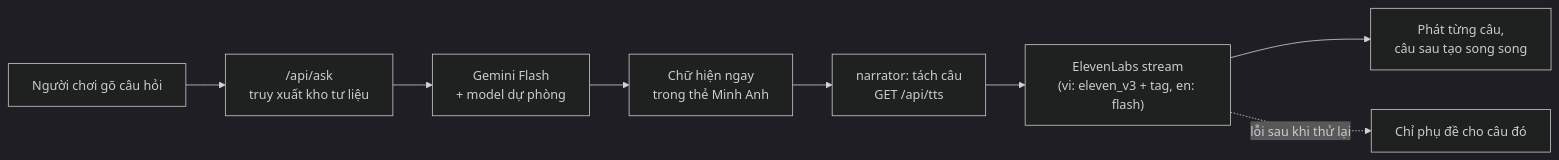
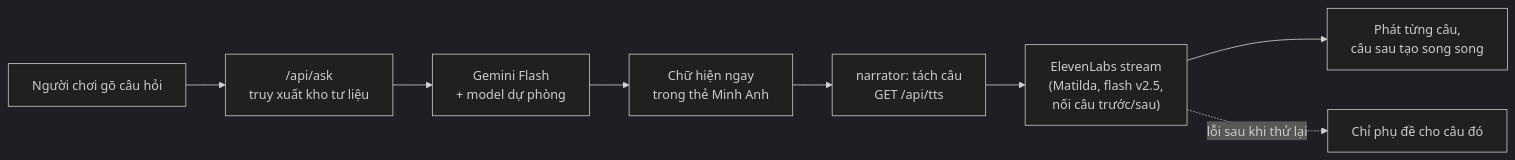
Before and after one commit to huynh-phong/3D-Digital-Tourism: the diagram in README.md, drawn with Mermaid (dark theme). The commit also changed other lines of this file and 4 other files, not shown here.

````diff
--- a/README.md
+++ b/README.md
@@ -101,10 +101,10 @@
 ```mermaid
 flowchart LR
   Q[Người chơi gõ câu hỏi] --> A["/api/ask<br/>truy xuất kho tư liệu"]
   A --> G[Gemini Flash<br/>+ model dự phòng]
   G --> T[Chữ hiện ngay<br/>trong thẻ Minh Anh]
   T --> N["narrator: tách câu<br/>GET /api/tts"]
-  N --> E["ElevenLabs stream<br/>(vi: eleven_v3 + tag, en: flash)"]
+  N --> E["ElevenLabs stream<br/>(Matilda, flash v2.5,<br/>nối câu trước/sau)"]
   E --> P[Phát từng câu,<br/>câu sau tạo song song]
   E -. lỗi sau khi thử lại .-> F[Chỉ phụ đề cho câu đó]
 ```
````
